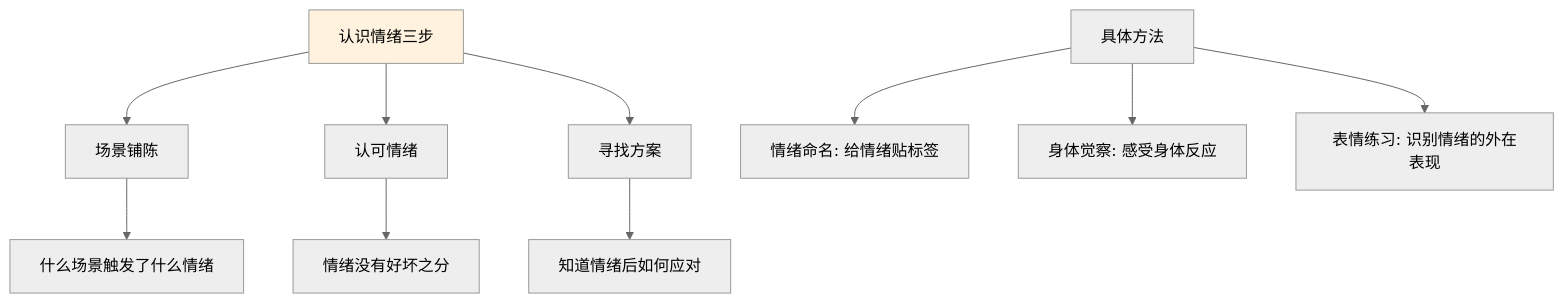
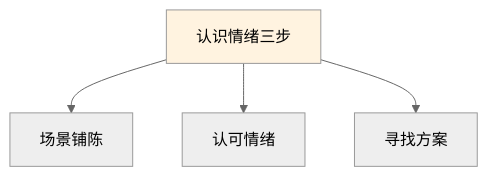
One commit to chongyang211/YCBookBlog changed the third of 10 diagrams in 10.打工充平常记录/10.自我精进七课/07.底层思维的训练/7.7情商能力的学习.md. Above: the diagram before and after it, drawn with Mermaid (neutral theme). The commit also changed other lines of this file and 55 other files, not shown here.

````diff
--- a/10.打工充平常记录/10.自我精进七课/07.底层思维的训练/7.7情商能力的学习.md
+++ b/10.打工充平常记录/10.自我精进七课/07.底层思维的训练/7.7情商能力的学习.md
@@ -112,13 +114,7 @@
 ```mermaid
 graph TD
     A[认识情绪三步] --> B[场景铺陈]
     A --> C[认可情绪]
     A --> D[寻找方案]
-    B --> B1[什么场景触发了什么情绪]
-    C --> C1[情绪没有好坏之分]
-    D --> D1[知道情绪后如何应对]
-    E[具体方法] --> E1[情绪命名: 给情绪贴标签]
-    E --> E2[身体觉察: 感受身体反应]
-    E --> E3[表情练习: 识别情绪的外在表现]
     style A fill:#fff3e0
 ```
````
